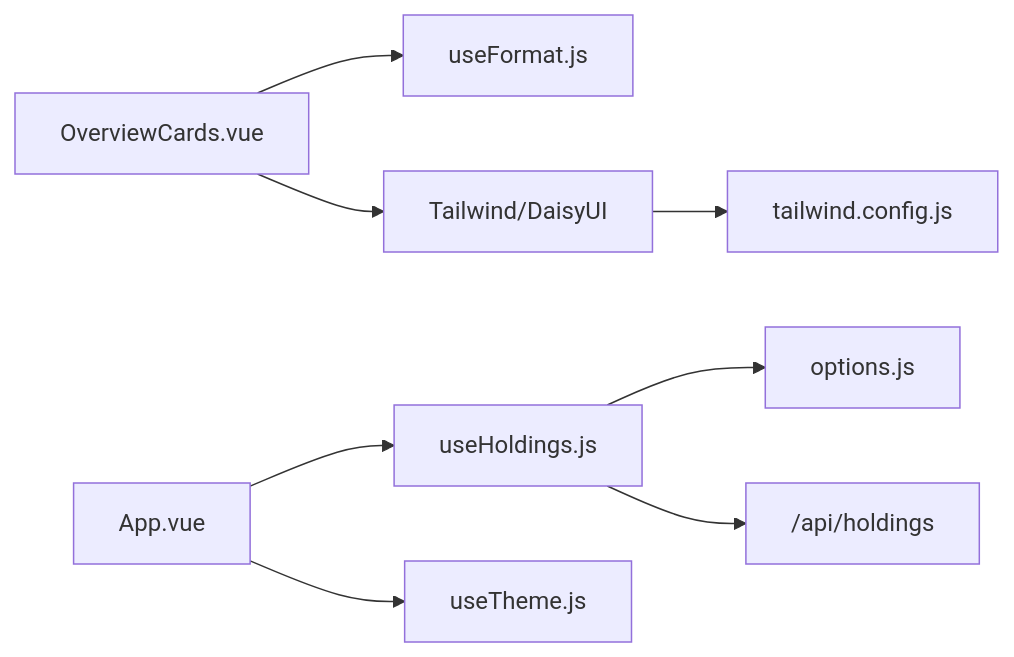
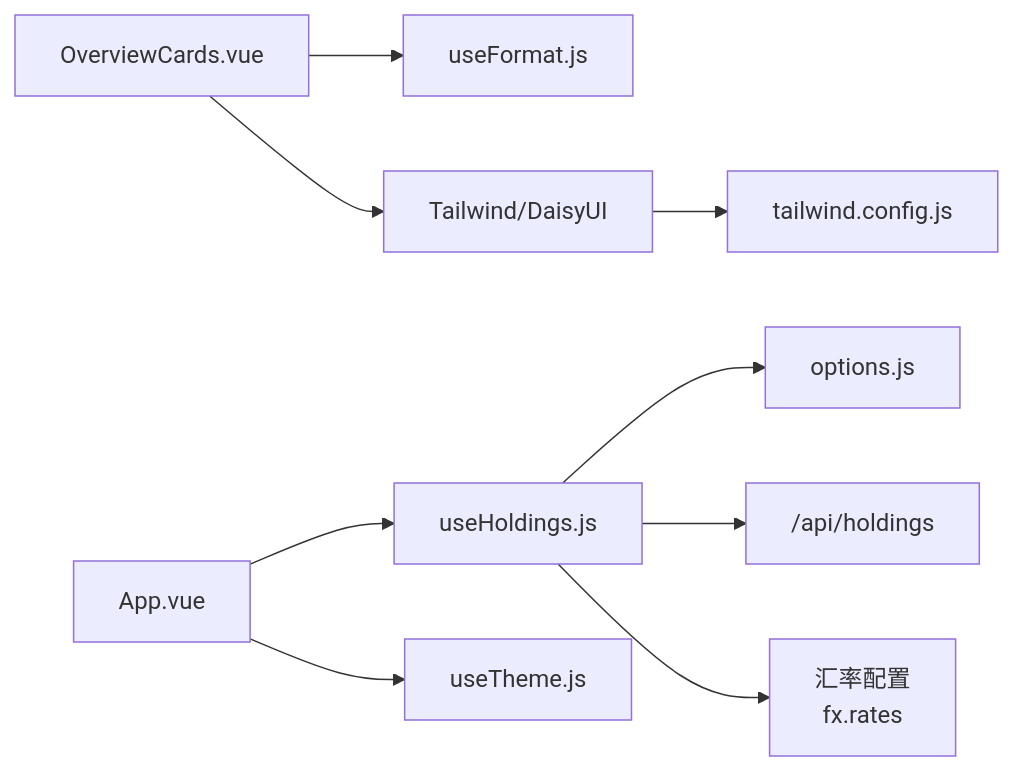
One commit to salenju/stock-advisor changed the eighth of 8 diagrams in .qoder/repowiki/zh/content/前端架构/Vue组件体系/投资组合概览卡片.md. Above: the diagram before and after it, drawn with Mermaid. The commit also changed other lines of this file and 45 other files, not shown here.

````diff
--- a/.qoder/repowiki/zh/content/前端架构/Vue组件体系/投资组合概览卡片.md
+++ b/.qoder/repowiki/zh/content/前端架构/Vue组件体系/投资组合概览卡片.md
@@ -260,10 +336,11 @@
 ```mermaid
 graph LR
 OC["OverviewCards.vue"] --> UF["useFormat.js"]
 OC --> TW["Tailwind/DaisyUI"]
 APP["App.vue"] --> UH["useHoldings.js"]
 APP --> UT["useTheme.js"]
 UH --> OPT["options.js"]
 UH --> API["/api/holdings"]
 TW --> CFG["tailwind.config.js"]
+UH --> FX["汇率配置<br/>fx.rates"]
 ```
````
